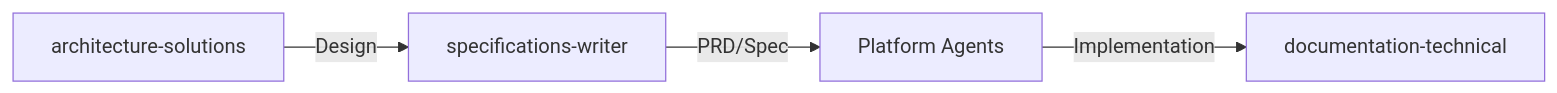
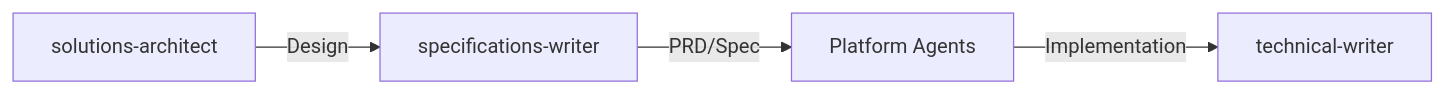
Before and after one commit to mudspot/prometheus-agents: the first of 3 diagrams in README.md, drawn with Mermaid. The commit also changed other lines of this file and 29 other files, not shown here.

````diff
--- a/README.md
+++ b/README.md
@@ -166,6 +166,6 @@
 ```mermaid
 graph LR
-    A[architecture-solutions] -->|Design| B[specifications-writer]
+    A[solutions-architect] -->|Design| B[specifications-writer]
     B -->|PRD/Spec| C[Platform Agents]
-    C -->|Implementation| D[documentation-technical]
+    C -->|Implementation| D[technical-writer]
 ```
````
